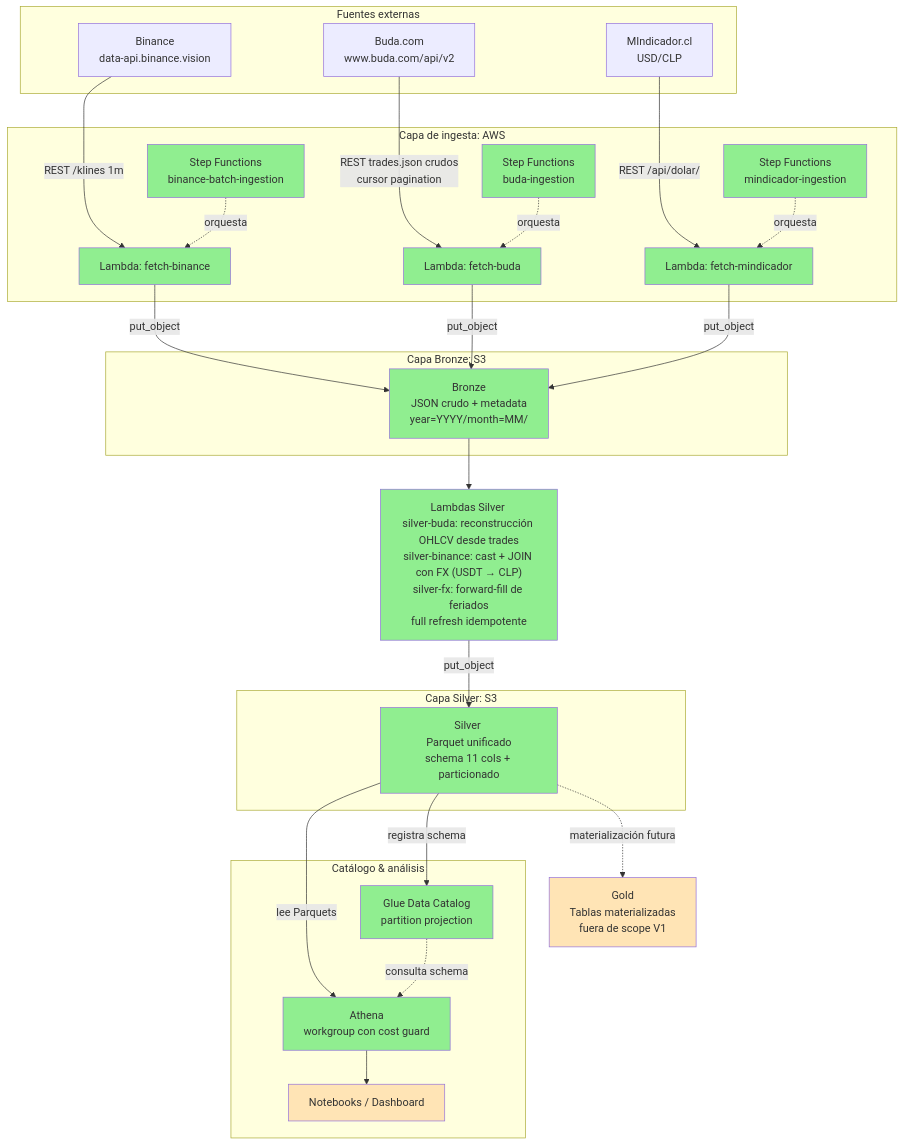
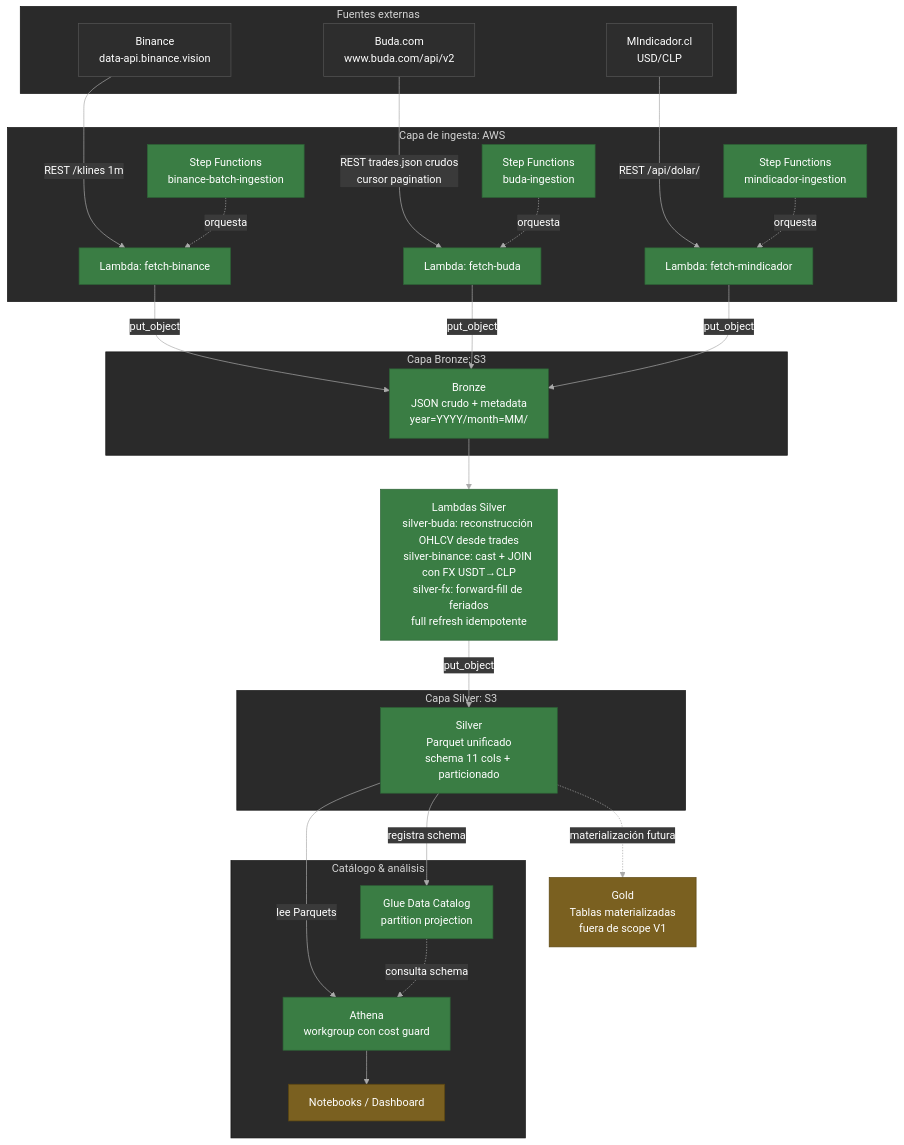
One commit to Dan-Araya/crypto-arbitrage-scanner changed the diagram in README.md. Above: the diagram before and after it, drawn with Mermaid.

Commit message:
fix: colors of mermaid

````diff
--- a/README.md
+++ b/README.md
@@ -24,73 +24,62 @@
 ```mermaid
+%%{init: {'theme': 'base', 'themeVariables': {'primaryColor': '#2d2d2d', 'primaryTextColor': '#ffffff', 'primaryBorderColor': '#555', 'lineColor': '#aaaaaa', 'secondaryColor': '#3a3a3a', 'tertiaryColor': '#2a2a2a'}}}%%
 flowchart TB
     subgraph Sources["Fuentes externas"]
         B[Binance<br/>data-api.binance.vision]
         BD[Buda.com<br/>www.buda.com/api/v2]
         M[MIndicador.cl<br/>USD/CLP]
     end
-
     subgraph Ingestion["Capa de ingesta: AWS"]
         SF1[Step Functions<br/>binance-batch-ingestion]
         SF2[Step Functions<br/>buda-ingestion]
         SF3[Step Functions<br/>mindicador-ingestion]
-        L1[Lambda: fetch-binance ]
-        L2[Lambda: fetch-buda ]
-        L3[Lambda: fetch-mindicador ]
+        L1[Lambda: fetch-binance]
+        L2[Lambda: fetch-buda]
+        L3[Lambda: fetch-mindicador]
     end
-
     subgraph BronzeBox["Capa Bronze: S3"]
-        BR[Bronze <br/>JSON crudo + metadata<br/>year=YYYY/month=MM/]
+        BR[Bronze<br/>JSON crudo + metadata<br/>year=YYYY/month=MM/]
     end
-
-    STX["Lambdas Silver <br/>silver-buda: reconstrucción OHLCV desde trades<br/>silver-binance: cast + JOIN con FX (USDT → CLP)<br/>silver-fx: forward-fill de feriados<br/>full refresh idempotente"]
-
+    STX["Lambdas Silver<br/>silver-buda: reconstrucción OHLCV desde trades<br/>silver-binance: cast + JOIN con FX USDT→CLP<br/>silver-fx: forward-fill de feriados<br/>full refresh idempotente"]
     subgraph SilverBox["Capa Silver: S3"]
-        SI[Silver <br/>Parquet unificado<br/>schema 11 cols + particionado]
+        SI[Silver<br/>Parquet unificado<br/>schema 11 cols + particionado]
     end
-
-    GO[Gold <br/>Tablas materializadas<br/>fuera de scope V1]
-
+    GO[Gold<br/>Tablas materializadas<br/>fuera de scope V1]
     subgraph Catalog["Catálogo & análisis"]
-        GC[Glue Data Catalog <br/>partition projection]
-        AT[Athena <br/>workgroup con cost guard]
+        GC[Glue Data Catalog<br/>partition projection]
+        AT[Athena<br/>workgroup con cost guard]
         NB[Notebooks / Dashboard]
     end
 
-    %% Flecha invisible para forzar verticalidad Sources → Ingestion
     Sources ~~~ Ingestion
-
     B -->|REST /klines 1m| L1
     BD -->|REST trades.json crudos<br/>cursor pagination| L2
     M -->|REST /api/dolar/| L3
-
     SF1 -.orquesta.-> L1
     SF2 -.orquesta.-> L2
     SF3 -.orquesta.-> L3
-
     L1 -->|put_object| BR
     L2 -->|put_object| BR
     L3 -->|put_object| BR
-
     BR --> STX
     STX -->|put_object| SI
-
     SI -.materialización futura.-> GO
     SI -->|registra schema| GC
     SI -->|lee Parquets| AT
     GC -.consulta schema.-> AT
     AT --> NB
 
-    style L1 fill:#90EE90
-    style L2 fill:#90EE90
-    style L3 fill:#90EE90
-    style BR fill:#90EE90
-    style SI fill:#90EE90
-    style STX fill:#90EE90
-    style SF1 fill:#90EE90
-    style SF2 fill:#90EE90
-    style SF3 fill:#90EE90
-    style GC fill:#90EE90
-    style AT fill:#90EE90
-    style GO fill:#FFE4B5
-    style NB fill:#FFE4B5
+    style L1  fill:#3a7d44,color:#ffffff,stroke:#2d6136
+    style L2  fill:#3a7d44,color:#ffffff,stroke:#2d6136
+    style L3  fill:#3a7d44,color:#ffffff,stroke:#2d6136
+    style SF1 fill:#3a7d44,color:#ffffff,stroke:#2d6136
+    style SF2 fill:#3a7d44,color:#ffffff,stroke:#2d6136
+    style SF3 fill:#3a7d44,color:#ffffff,stroke:#2d6136
+    style BR  fill:#3a7d44,color:#ffffff,stroke:#2d6136
+    style STX fill:#3a7d44,color:#ffffff,stroke:#2d6136
+    style SI  fill:#3a7d44,color:#ffffff,stroke:#2d6136
+    style GC  fill:#3a7d44,color:#ffffff,stroke:#2d6136
+    style AT  fill:#3a7d44,color:#ffffff,stroke:#2d6136
+    style GO  fill:#7a6020,color:#ffffff,stroke:#5a4510
+    style NB  fill:#7a6020,color:#ffffff,stroke:#5a4510
 ```
````
